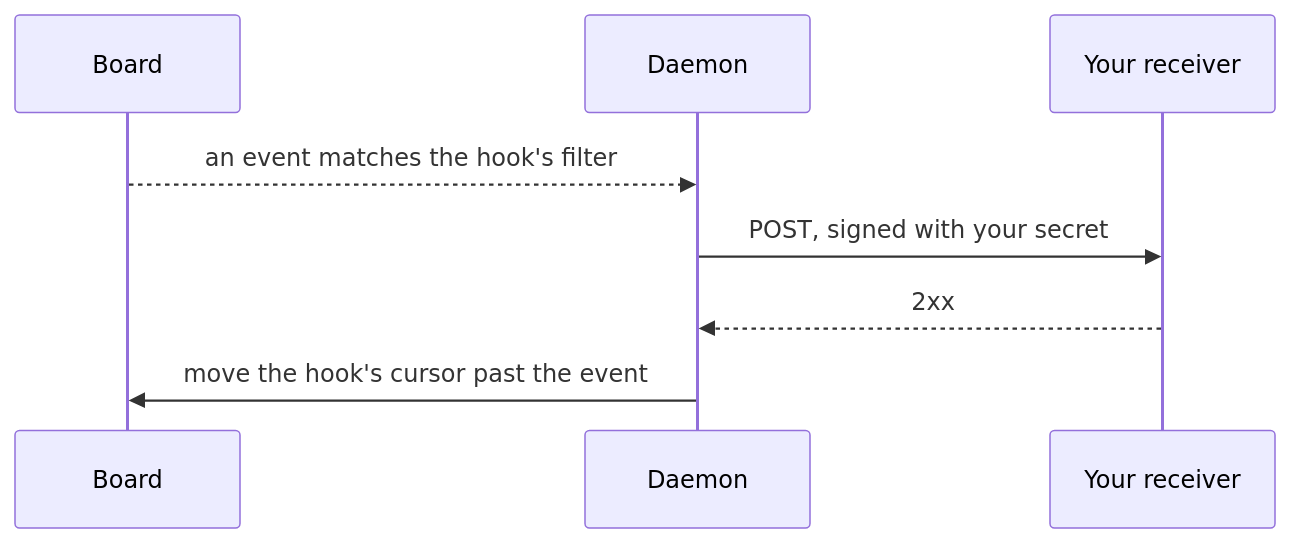
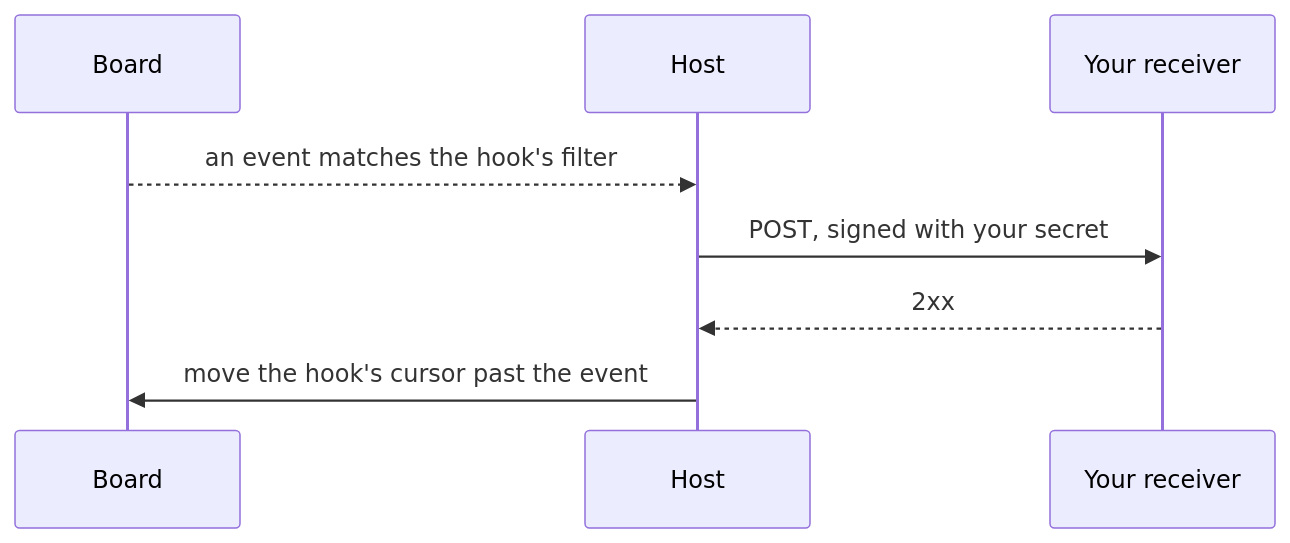
The diagram in packages/muster/docs/01-concepts/15-outgoing-webhooks.md (openmuster/muster), drawn with Mermaid before and after one commit. The commit also changed other lines of this file and 21 other files, not shown here.

````diff
--- a/packages/muster/docs/01-concepts/15-outgoing-webhooks.md
+++ b/packages/muster/docs/01-concepts/15-outgoing-webhooks.md
@@ -8,10 +8,10 @@
 ```mermaid
 sequenceDiagram
     participant B as Board
-    participant D as Daemon
+    participant D as Host
     participant R as Your receiver
     B-->>D: an event matches the hook's filter
     D->>R: POST, signed with your secret
     R-->>D: 2xx
     D->>B: move the hook's cursor past the event
 ```
````
